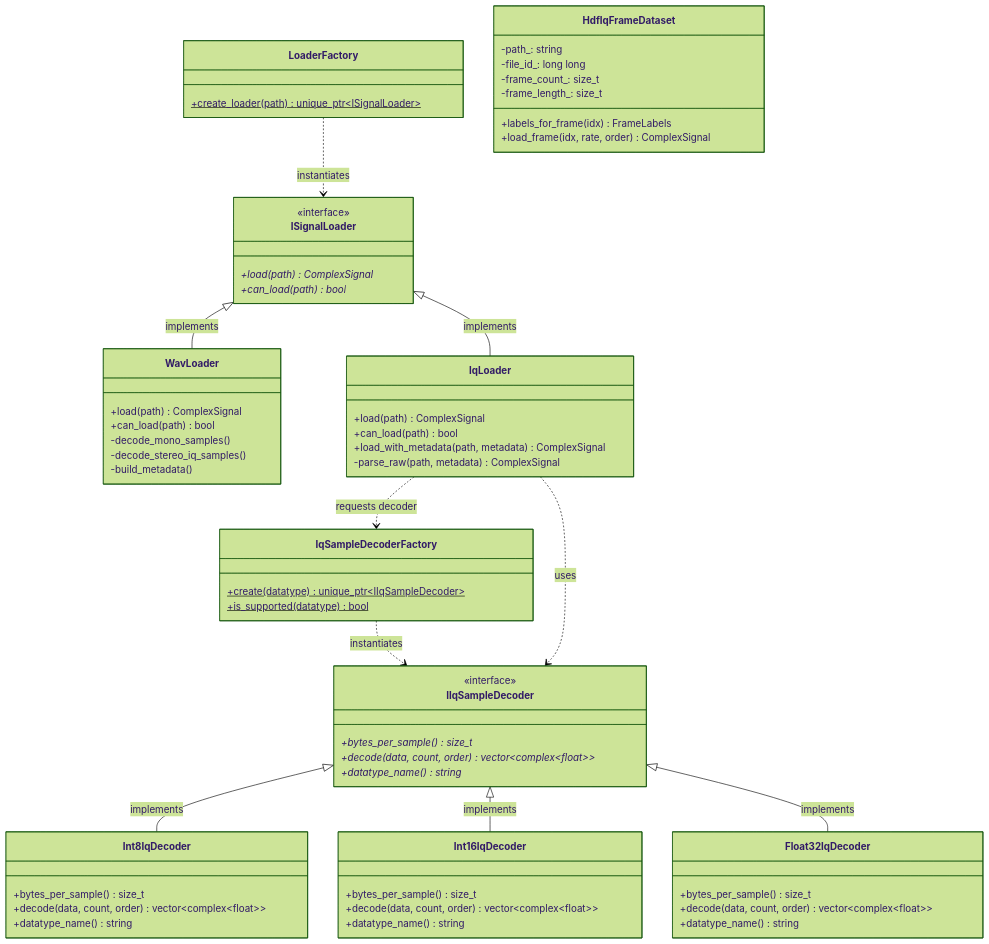
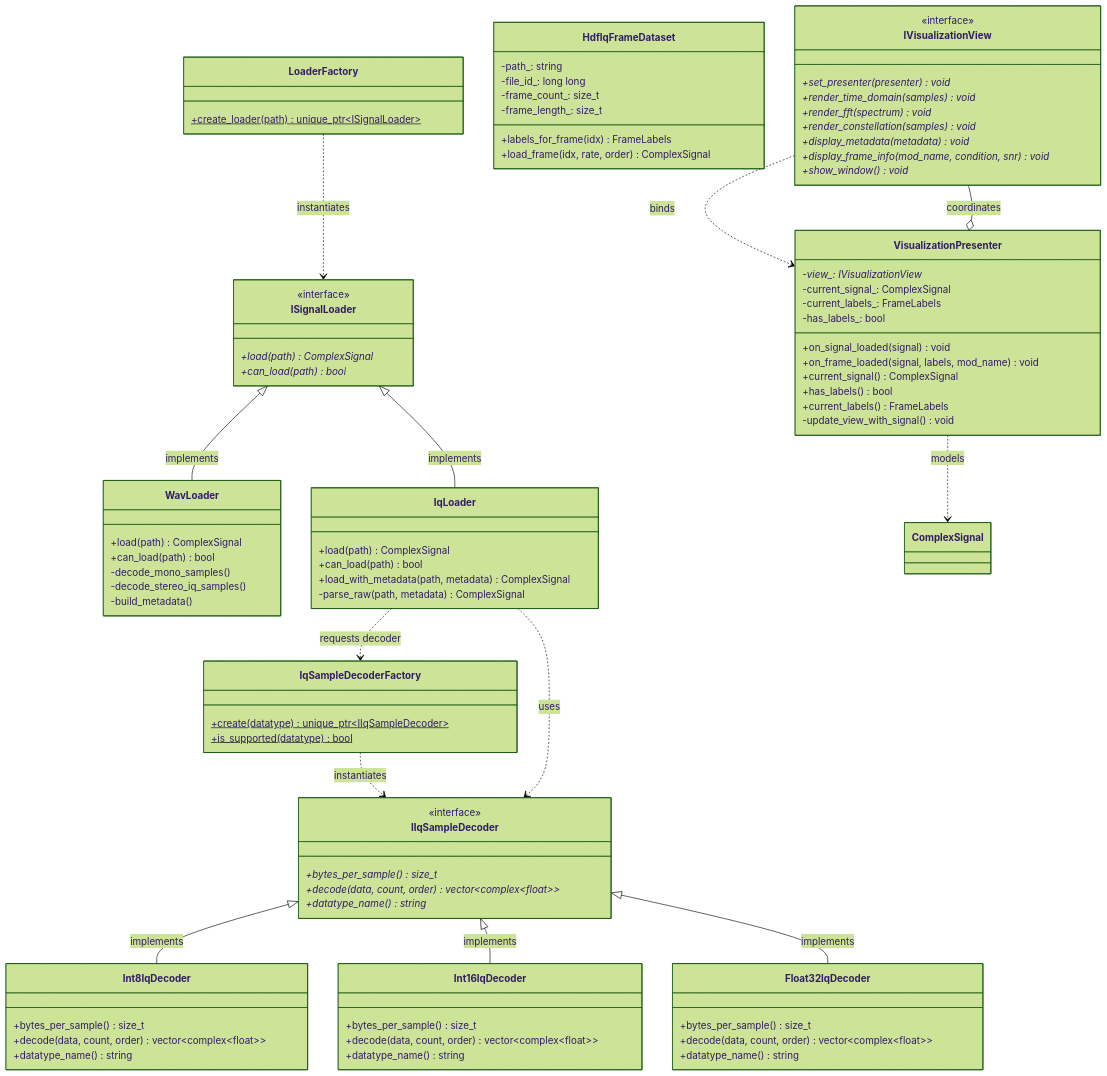
Before and after one commit to namanONcode/WAVIQ: the diagram in module1/MODULE1_DOCUMENTATION.md, drawn with Mermaid (forest theme). The commit also changed other lines of this file and 12 other files, not shown here.

````diff
--- a/module1/MODULE1_DOCUMENTATION.md
+++ b/module1/MODULE1_DOCUMENTATION.md
@@ -178,4 +180,32 @@
         +labels_for_frame(idx) FrameLabels
         +load_frame(idx, rate, order) ComplexSignal
     }
+
+    class IVisualizationView {
+        <<interface>>
+        +set_presenter(presenter)* void
+        +render_time_domain(samples)* void
+        +render_fft(spectrum)* void
+        +render_constellation(samples)* void
+        +display_metadata(metadata)* void
+        +display_frame_info(mod_name, condition, snr)* void
+        +show_window()* void
+    }
+
+    class VisualizationPresenter {
+        -view_: IVisualizationView*
+        -current_signal_: ComplexSignal
+        -current_labels_: FrameLabels
+        -has_labels_: bool
+        +on_signal_loaded(signal) void
+        +on_frame_loaded(signal, labels, mod_name) void
+        +current_signal() ComplexSignal
+        +has_labels() bool
+        +current_labels() FrameLabels
+        -update_view_with_signal() void
+    }
+
+    VisualizationPresenter o-- IVisualizationView : coordinates
+    IVisualizationView ..> VisualizationPresenter : binds
+    VisualizationPresenter ..> ComplexSignal : models
 ```
````
